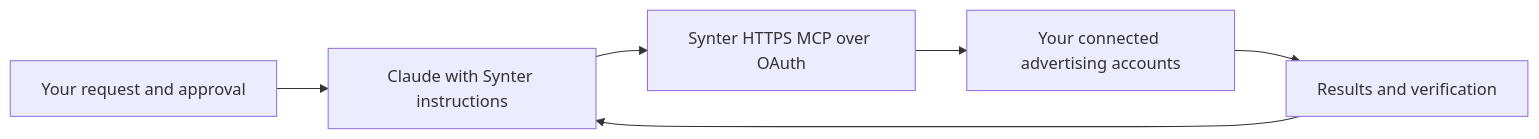
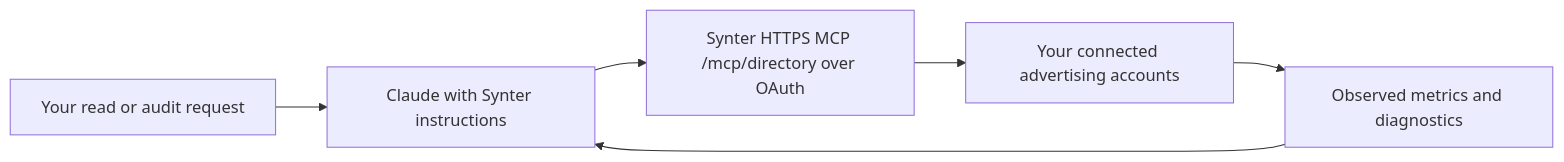
Before and after one commit to Synter-Media-AI/plugin: the diagram in packages/claude-directory/README.md, drawn with Mermaid. The commit also changed other lines of this file and 62 other files, not shown here.

````diff
--- a/packages/claude-directory/README.md
+++ b/packages/claude-directory/README.md
@@ -9,8 +15,8 @@
 ```mermaid
 flowchart LR
-  User["Your request and approval"] --> Claude["Claude with Synter instructions"]
-  Claude --> MCP["Synter HTTPS MCP over OAuth"]
+  User["Your read or audit request"] --> Claude["Claude with Synter instructions"]
+  Claude --> MCP["Synter HTTPS MCP /mcp/directory over OAuth"]
   MCP --> Provider["Your connected advertising accounts"]
-  Provider --> Readback["Results and verification"]
+  Provider --> Readback["Observed metrics and diagnostics"]
   Readback --> Claude
 ```
````
